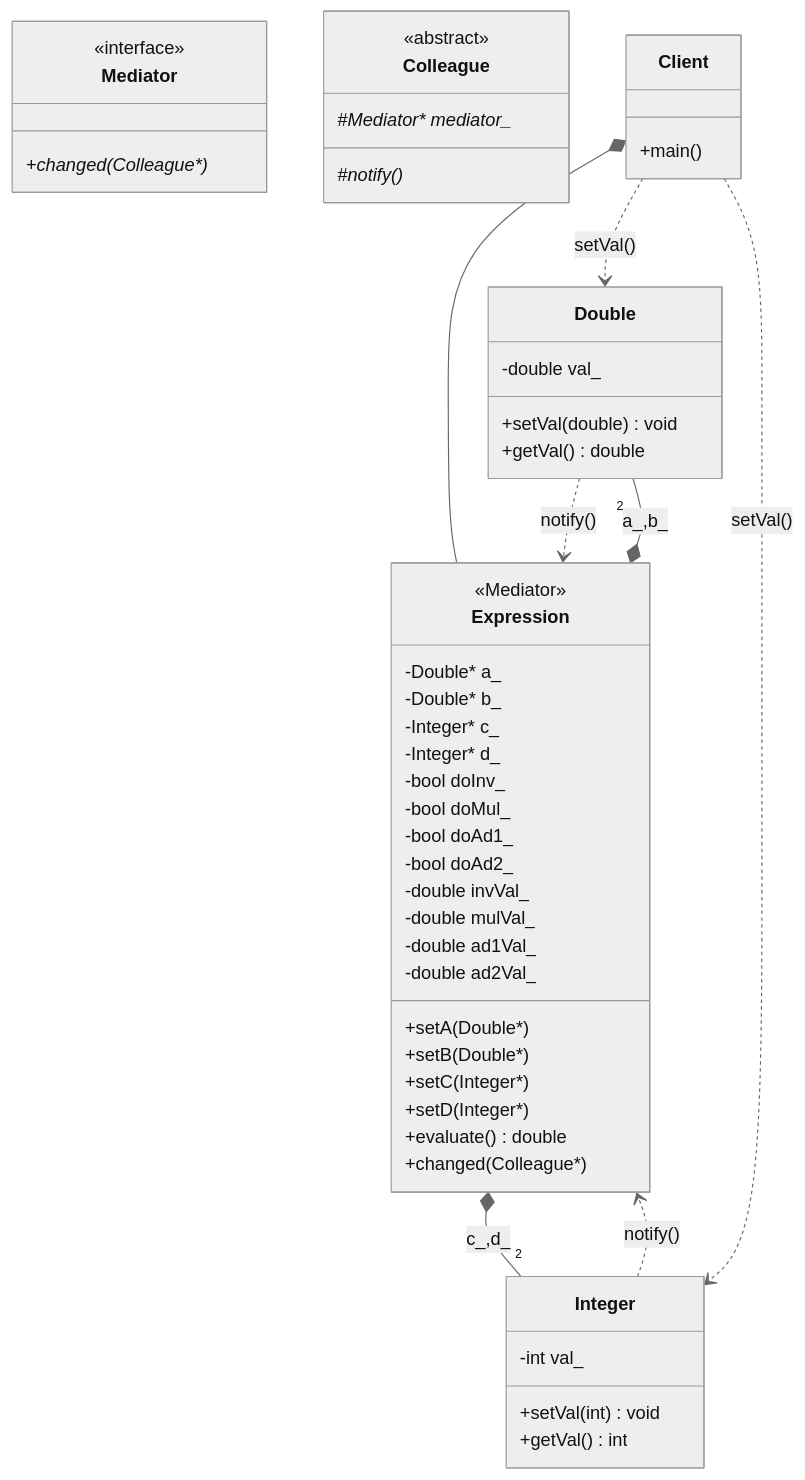
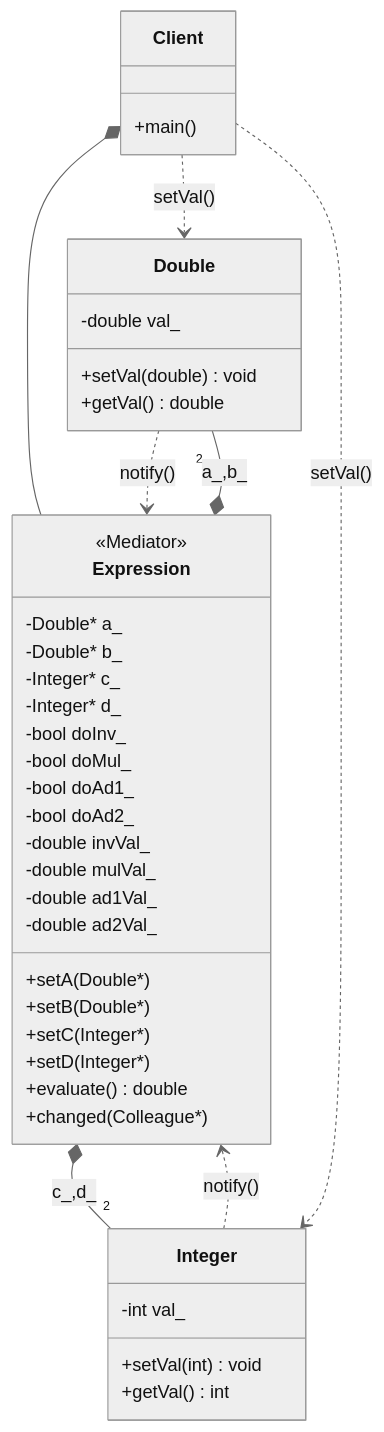
Before and after one commit to Cichlidfishexigency721/Modern-CPP-Design-Patterns: the diagram in 22_Mediator/README.md, drawn with Mermaid (neutral theme). The commit also changed 1 other file, not shown here.

Commit message:
Improvement in UML

````diff
--- a/22_Mediator/README.md
+++ b/22_Mediator/README.md
@@ -50,70 +50,70 @@
 ```mermaid
 classDiagram
-   class Mediator {
-      <<interface>>
-      +changed(Colleague*)*
-   }
+   %% class Mediator {
+   %%    <<interface>>
+   %%    +changed(Colleague*)*
+   %% }
 
-   class Colleague {
-      <<abstract>>
-      #Mediator* mediator_*
-      #notify()*
-   }
+   %% class Colleague {
+   %%    <<abstract>>
+   %%    #Mediator* mediator_*
+   %%    #notify()*
+   %% }
 
    class Double {
       -double val_
       +setVal(double) void
       +getVal() double
    }
 
    class Integer {
       -int val_
       +setVal(int) void
       +getVal() int
    }
 
    class Expression {
       <<Mediator>>
       -Double* a_
       -Double* b_
       -Integer* c_
       -Integer* d_
       -bool doInv_
       -bool doMul_
       -bool doAd1_
       -bool doAd2_
       -double invVal_
       -double mulVal_
       -double ad1Val_
       -double ad2Val_
       +setA(Double*)
       +setB(Double*)
       +setC(Integer*)
       +setD(Integer*)
       +evaluate() double
       +changed(Colleague*)
    }
 
    class Client {
       +main()
    }
 
    %% Inheritance (Implements)
    %%Mediator <|.. Expression
    %%Colleague <|.. Double
    %%Colleague <|.. Integer
 
    %% Composition (Has_a)
    %%Colleague o-- Mediator : mediator_
    Expression *-- "2" Double : a_,b_
    Expression *-- "2" Integer : c_,d_
 
    %% Notify
    Double ..> Expression : notify()
    Integer ..> Expression : notify()
 
    %% Composition (Has a)
    Client *-- Expression
    Client ..> Double : setVal()
    Client ..> Integer : setVal()
 ```
````
